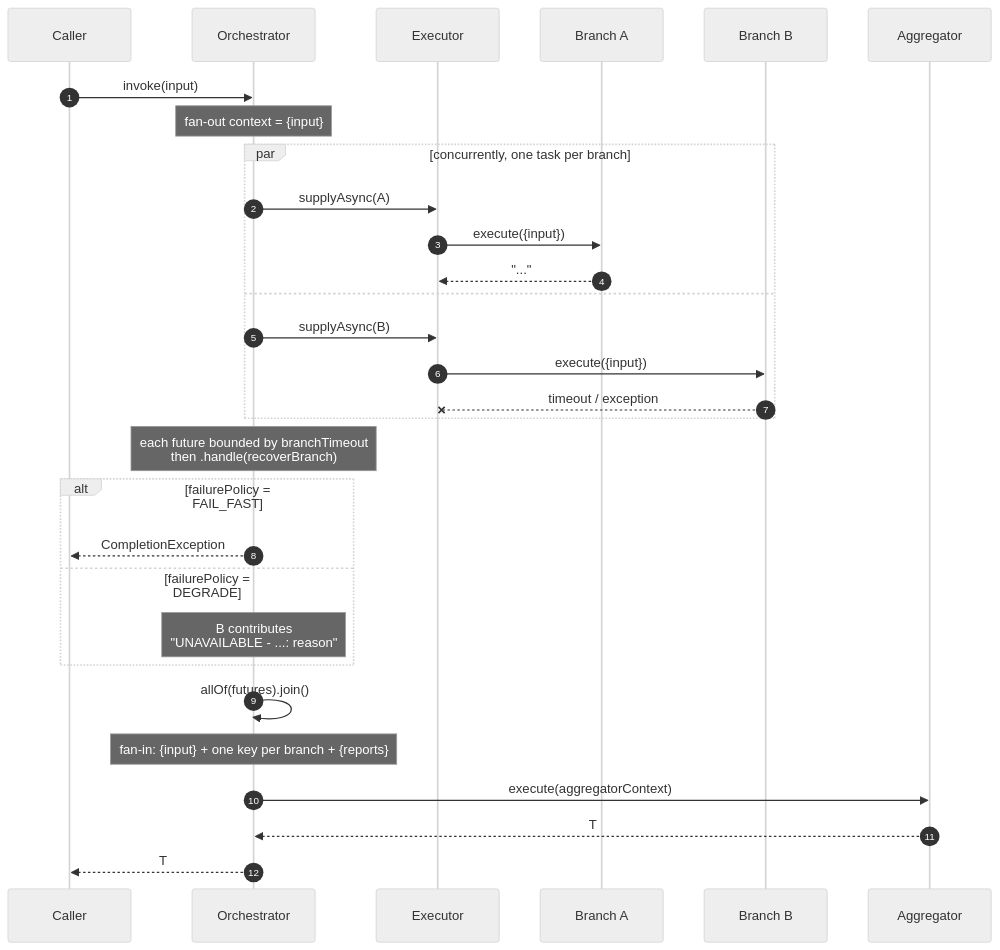
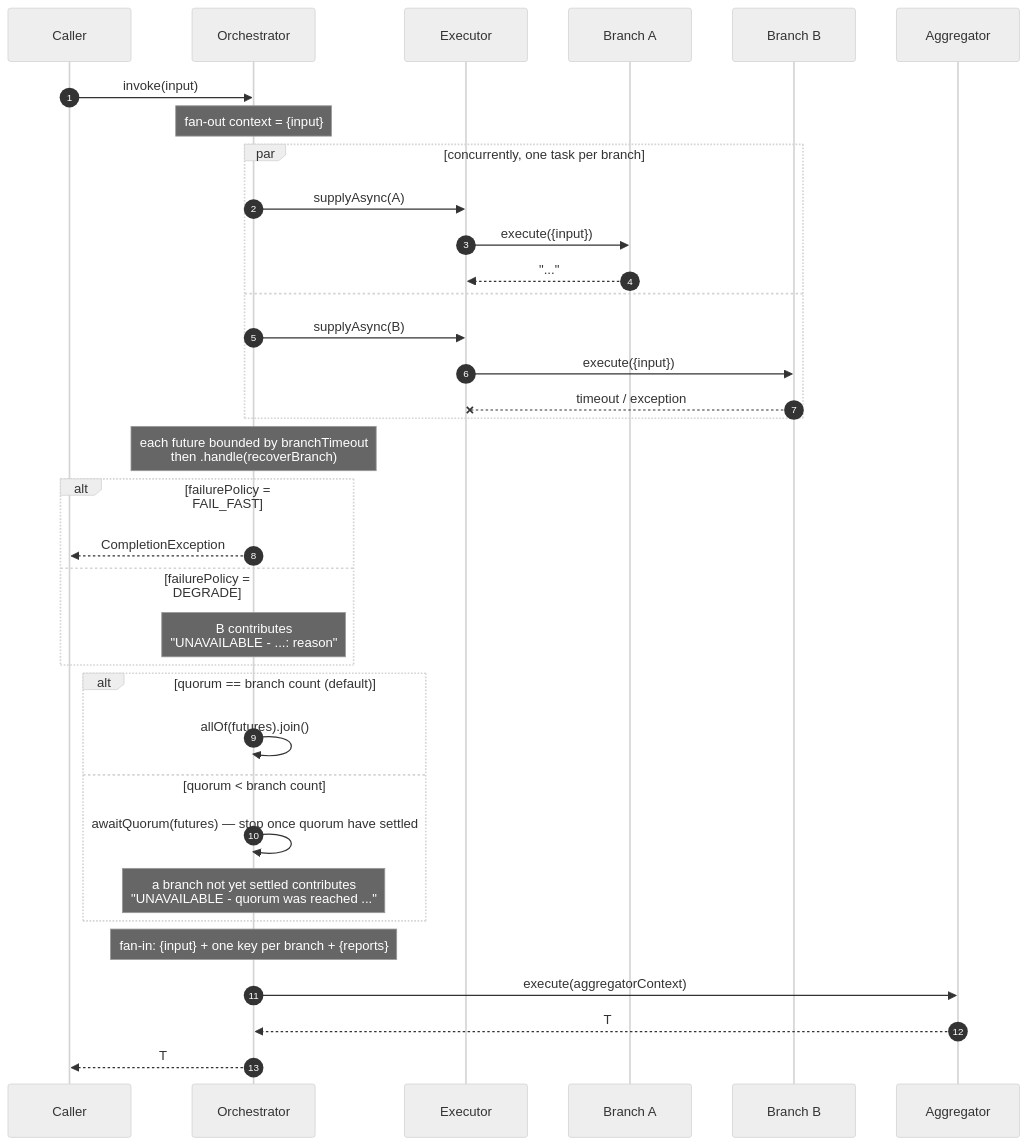
Before and after one commit to ronaldwkcheng/agent-api: the second of 2 diagrams in api/docs/parallel-agent-orchestrator.md, drawn with Mermaid (neutral theme). The commit also changed other lines of this file and 7 other files, not shown here.

````diff
--- a/api/docs/parallel-agent-orchestrator.md
+++ b/api/docs/parallel-agent-orchestrator.md
@@ -78,37 +82,42 @@
 ```mermaid
 sequenceDiagram
     autonumber
     participant C as Caller
     participant O as Orchestrator
     participant E as Executor
     participant B1 as Branch A
     participant B2 as Branch B
     participant Agg as Aggregator
 
     C->>O: invoke(input)
     Note over O: fan-out context = {input}
 
     par concurrently, one task per branch
         O->>E: supplyAsync(A)
         E->>B1: execute({input})
         B1-->>E: "..."
     and
         O->>E: supplyAsync(B)
         E->>B2: execute({input})
         B2--xE: timeout / exception
     end
 
     Note over O: each future bounded by branchTimeout<br/>then .handle(recoverBranch)
 
     alt failurePolicy = FAIL_FAST
         O-->>C: CompletionException
     else failurePolicy = DEGRADE
         Note over O: B contributes<br/>"UNAVAILABLE - ...: reason"
     end
 
-    O->>O: allOf(futures).join()
+    alt quorum == branch count (default)
+        O->>O: allOf(futures).join()
+    else quorum < branch count
+        O->>O: awaitQuorum(futures) — stop once quorum have settled
+        Note over O: a branch not yet settled contributes<br/>"UNAVAILABLE - quorum was reached ..."
+    end
     Note over O: fan-in: {input} + one key per branch + {reports}
     O->>Agg: execute(aggregatorContext)
     Agg-->>O: T
     O-->>C: T
 ```
````
